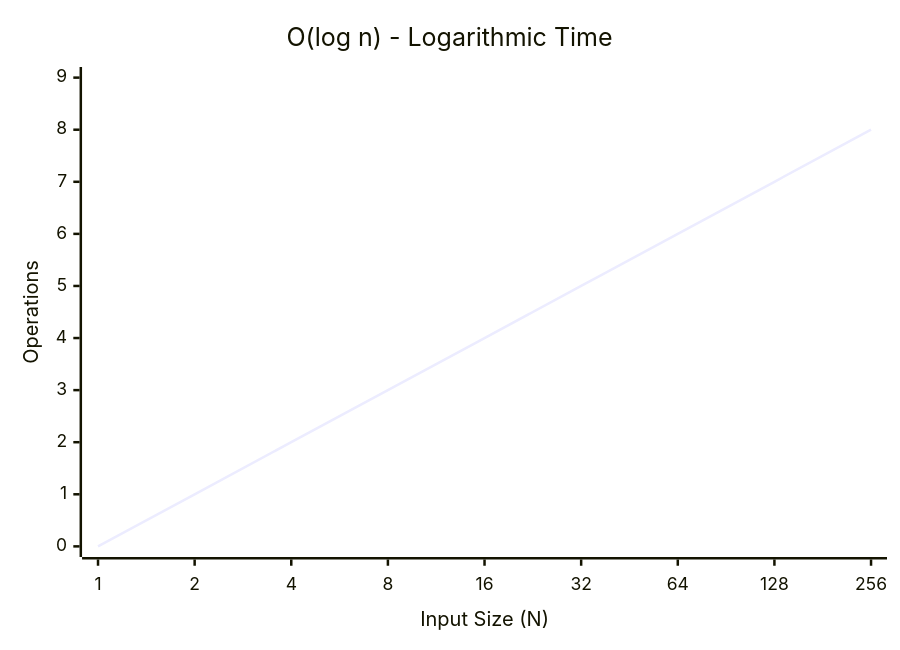
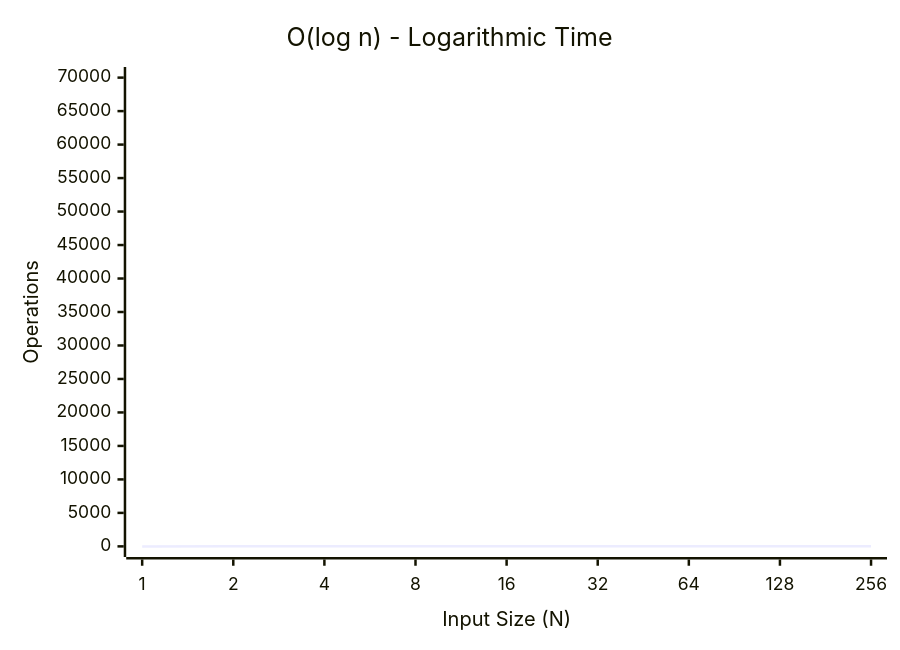
The second of 6 diagrams in 01_inbox/algorithm/algo-complexity-and-big-o.md (youngmin-gwon/what-i-studied), drawn with Mermaid before and after one commit. The commit also changed other lines of this file, not shown here.

````diff
--- a/01_inbox/algorithm/algo-complexity-and-big-o.md
+++ b/01_inbox/algorithm/algo-complexity-and-big-o.md
@@ -66,7 +66,7 @@
 ```mermaid
 xychart-beta
     title "O(log n) - Logarithmic Time"
     x-axis "Input Size (N)" [1, 2, 4, 8, 16, 32, 64, 128, 256]
-    y-axis "Operations" 0 --> 9
+    y-axis "Operations" 0 --> 70000
     line "O(log n)" [0, 1, 2, 3, 4, 5, 6, 7, 8]
 ```
````
